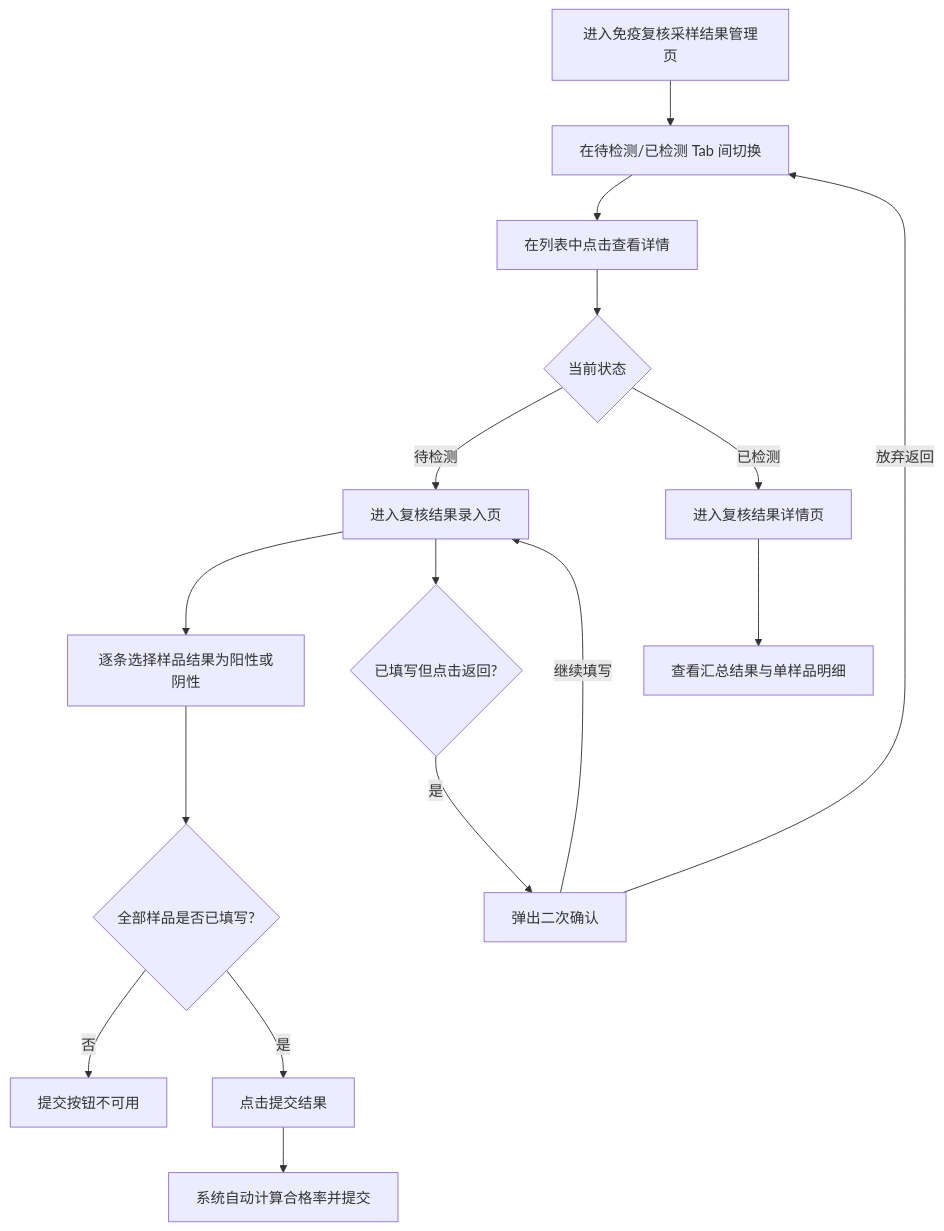
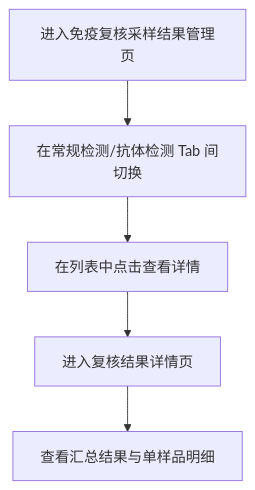
One commit to 91Dhua/Vaccine changed the second of 2 diagrams in prds/vaccine prd/08-免疫复核采样结果管理.md. Above: the diagram before and after it, drawn with Mermaid. The commit also changed other lines of this file and 16 other files, not shown here.

````diff
--- a/prds/vaccine prd/08-免疫复核采样结果管理.md
+++ b/prds/vaccine prd/08-免疫复核采样结果管理.md
@@ -53,18 +53,7 @@
 ```mermaid
 flowchart TD
-  A[进入免疫复核采样结果管理页] --> B[在待检测/已检测 Tab 间切换]
+  A[进入免疫复核采样结果管理页] --> B[在常规检测/抗体检测 Tab 间切换]
   B --> C[在列表中点击查看详情]
-  C --> D{当前状态}
-  D -->|待检测| E[进入复核结果录入页]
-  D -->|已检测| F[进入复核结果详情页]
-  E --> G[逐条选择样品结果为阳性或阴性]
-  G --> H{全部样品是否已填写?}
-  H -->|否| I[提交按钮不可用]
-  H -->|是| J[点击提交结果]
-  J --> K[系统自动计算合格率并提交]
-  E --> L{已填写但点击返回?}
-  L -->|是| M[弹出二次确认]
-  M -->|继续填写| E
-  M -->|放弃返回| B
-  F --> N[查看汇总结果与单样品明细]
+  C --> D[进入复核结果详情页]
+  D --> E[查看汇总结果与单样品明细]
 ```
````
